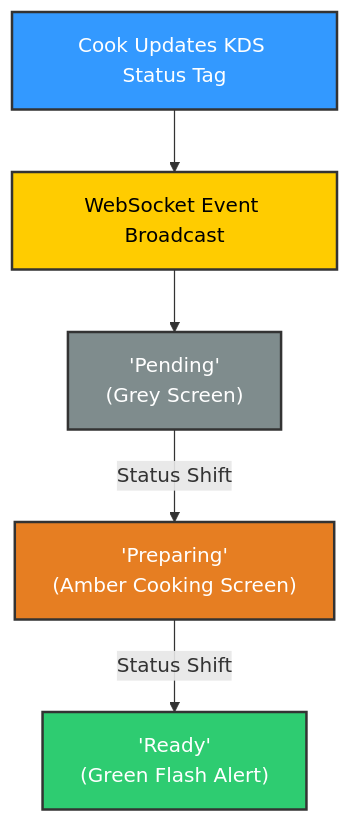
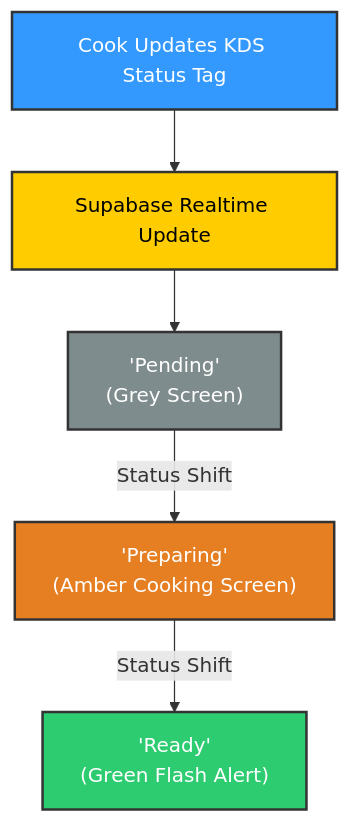
Before and after one commit to Anubhavsaxena2004/AeyChhotu: the third of 3 diagrams in docs/2-mvp-ideation.md, drawn with Mermaid. The commit also changed other lines of this file, not shown here.

First line of the commit message:
docs: technical fixes (Supabase, staff PIN, Served status, DB tables)

````diff
--- a/docs/2-mvp-ideation.md
+++ b/docs/2-mvp-ideation.md
@@ -82,20 +85,20 @@
 ```mermaid
 graph TD
     classDef kds fill:#3399FF,stroke:#333,stroke-width:2px,color:#fff;
     classDef sync fill:#FFCC00,stroke:#333,stroke-width:2px,color:#000;
     classDef grey fill:#7F8C8D,stroke:#333,stroke-width:2px,color:#fff;
     classDef amber fill:#E67E22,stroke:#333,stroke-width:2px,color:#fff;
     classDef green fill:#2ECC71,stroke:#333,stroke-width:2px,color:#fff;
 
     A["Cook Updates KDS Status Tag"]:::kds
-    B["WebSocket Event Broadcast"]:::sync
+    B["Supabase Realtime Update"]:::sync
     
     C1["'Pending'<br>(Grey Screen)"]:::grey
     C2["'Preparing'<br>(Amber Cooking Screen)"]:::amber
     C3["'Ready'<br>(Green Flash Alert)"]:::green
 
     A --> B
     B --> C1
     C1 -->|Status Shift| C2
     C2 -->|Status Shift| C3
 ```
````
